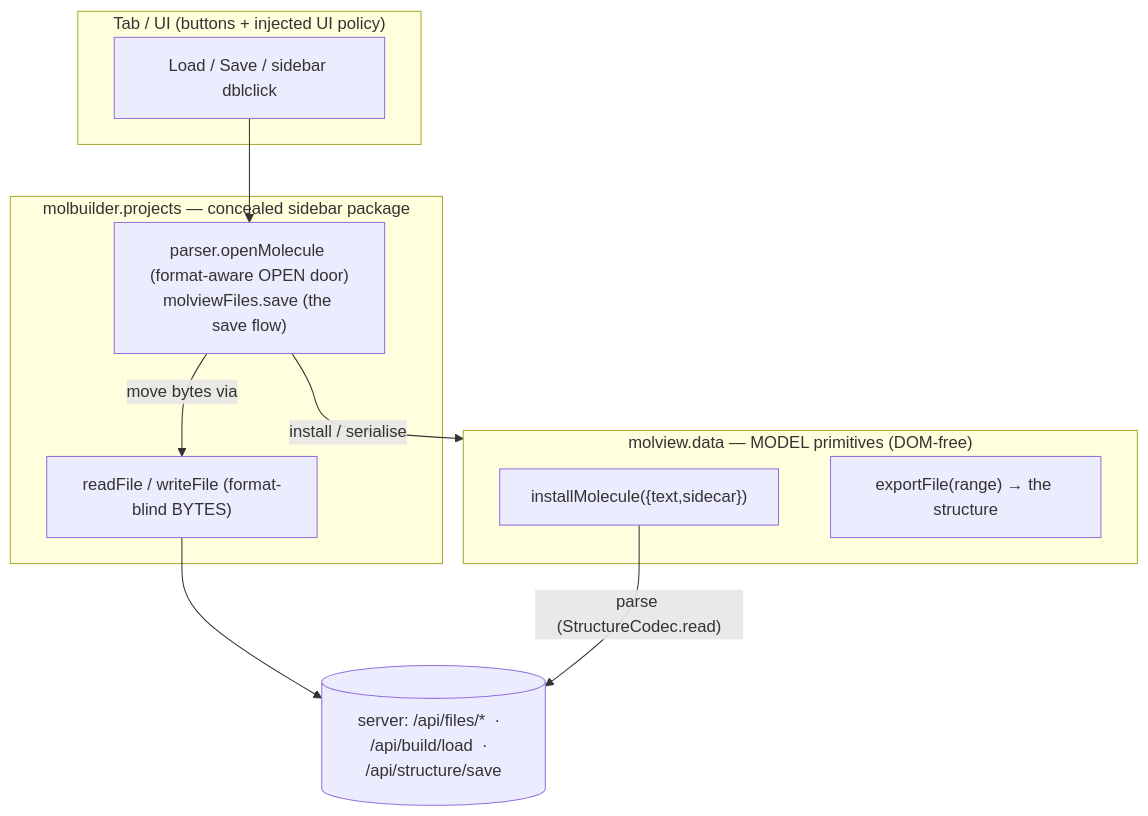
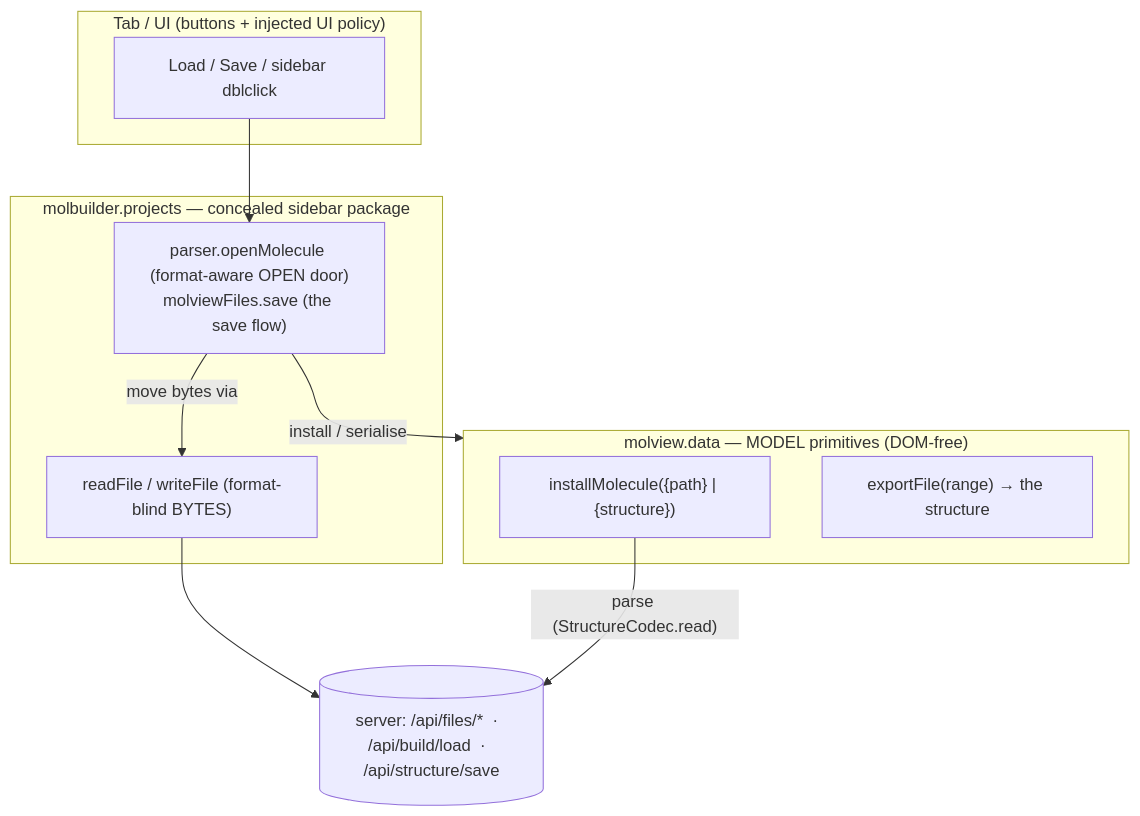
One commit to Qing-LAB/molbuilder changed the third of 3 diagrams in docs/model/structure.md. Above: the diagram before and after it, drawn with Mermaid. The commit also changed other lines of this file and 43 other files, not shown here.

````diff
--- a/docs/model/structure.md
+++ b/docs/model/structure.md
@@ -982,20 +1005,20 @@
 ```mermaid
 flowchart TB
     subgraph TAB["Tab / UI (buttons + injected UI policy)"]
         B["Load / Save / sidebar dblclick"]
     end
     subgraph PR["molbuilder.projects — concealed sidebar package"]
         DOORS["parser.openMolecule (format-aware OPEN door)<br/>molviewFiles.save (the save flow)"]
         BYTES["readFile / writeFile (format-blind BYTES)"]
         DOORS -->|"move bytes via"| BYTES
     end
     subgraph MV["molview.data — MODEL primitives (DOM-free)"]
-        IM["installMolecule({text,sidecar})"]
+        IM["installMolecule({path} | {structure})"]
         EF["exportFile(range) → the structure"]
     end
     SRV[("server: /api/files/*  ·  /api/build/load  ·  /api/structure/save")]
     B --> DOORS
     DOORS -->|"install / serialise"| MV
     BYTES --> SRV
     IM -->|"parse (StructureCodec.read)"| SRV
 ```
````
